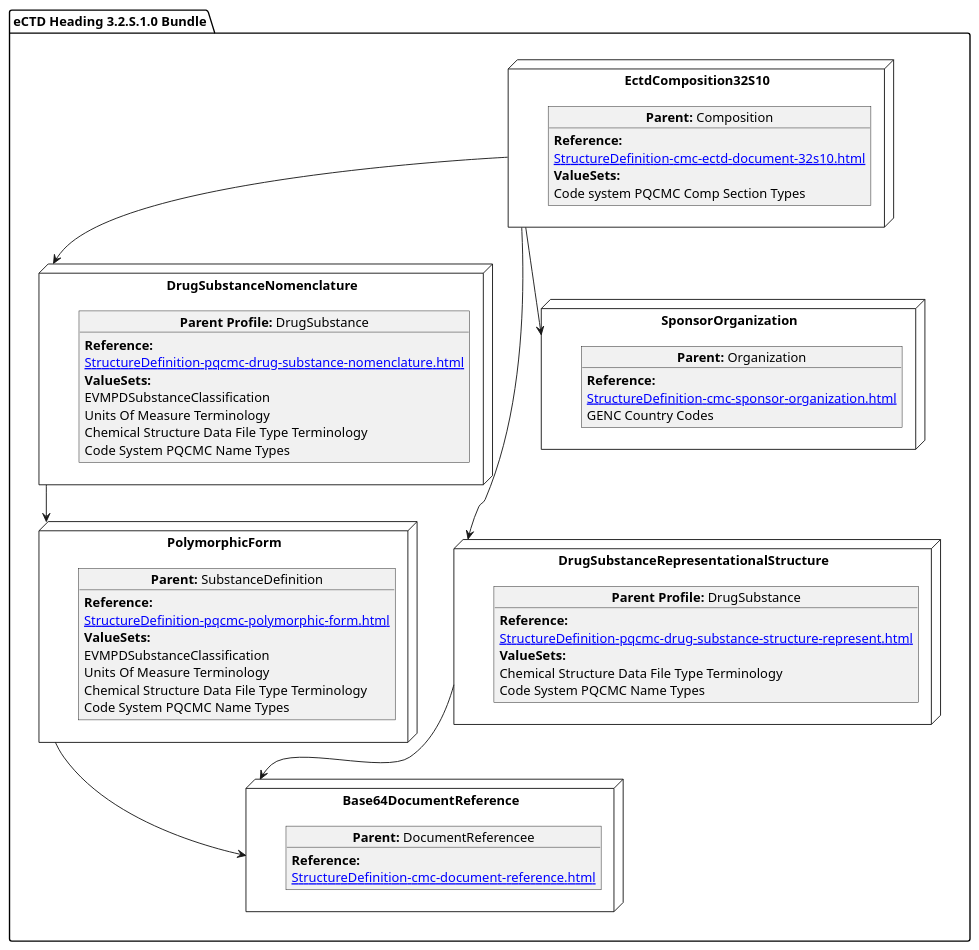
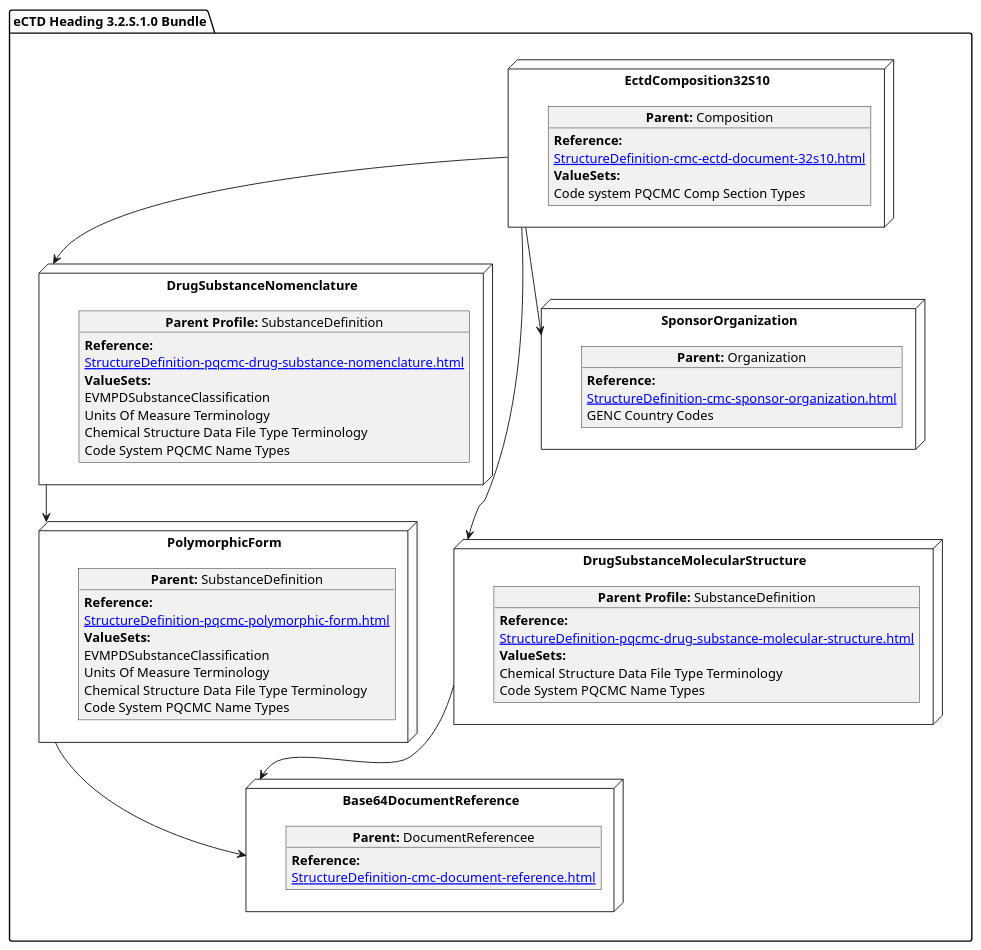
The diagram in input/images-source/SubstanceGeneral.plantuml (HL7/FHIR-us-pq-cmc-fda), drawn with PlantUML before and after one commit. The commit also changed 5 other files, not shown here.

```diff
--- a/input/images-source/SubstanceGeneral.plantuml
+++ b/input/images-source/SubstanceGeneral.plantuml
@@ -1,69 +1,67 @@
 @startuml
 allowmixing
 'Mixed model of use case and object
-
 package "eCTD Heading 3.2.S.1.0 Bundle" as NODES {
 
   node "DrugSubstanceNomenclature" as NN { 
-      object "**Parent Profile:** DrugSubstance" as obj3 {
+      object "**Parent Profile:** SubstanceDefinition" as obj3 {
           **Reference:**
       [[StructureDefinition-pqcmc-drug-substance-nomenclature.html]]
         **ValueSets:**
         EVMPDSubstanceClassification
         Units Of Measure Terminology
         Chemical Structure Data File Type Terminology
         Code System PQCMC Name Types 
       }  
 }
-  node "DrugSubstanceRepresentationalStructure" as N21 { 
-      object "**Parent Profile:** DrugSubstance" as obj22 {
+  node "DrugSubstanceMolecularStructure" as N21 { 
+      object "**Parent Profile:** SubstanceDefinition" as obj22 {
           **Reference:**
-      [[StructureDefinition-pqcmc-drug-substance-structure-represent.html]]
+      [[StructureDefinition-pqcmc-drug-substance-molecular-structure.html]]
         **ValueSets:**
         Chemical Structure Data File Type Terminology
         Code System PQCMC Name Types
     }
 }
 node "Base64DocumentReference" as NB64 { 
       object "**Parent:** DocumentReferencee"  as obj64 {  
             **Reference:**
       [[StructureDefinition-cmc-document-reference.html]]
 }
 }
   node "EctdComposition32S10" as N1 { 
       object "**Parent:** Composition" as obj1 {
             **Reference:**
       [[StructureDefinition-cmc-ectd-document-32s10.html]]
       **ValueSets:**
   Code system PQCMC Comp Section Types
-    }
-     
+    }    
 }
 node "PolymorphicForm" as N2 { 
       object "**Parent:** SubstanceDefinition" as obj2 {
           **Reference:**
       [[StructureDefinition-pqcmc-polymorphic-form.html]]
         **ValueSets:**
         EVMPDSubstanceClassification
         Units Of Measure Terminology
         Chemical Structure Data File Type Terminology
         Code System PQCMC Name Types
     }    
 }
  node "SponsorOrganization" as NSO { 
       object "**Parent:** Organization" as objAu {
     **Reference:**
       [[StructureDefinition-cmc-sponsor-organization.html]]
         GENC Country Codes
     }
 } 
 
 
 N1 --> N21
 N1 --> NN
 NN --> N2
 N2 --> NB64
 N21 --> NB64
 N1 --> NSO
 }
 @enduml
```
